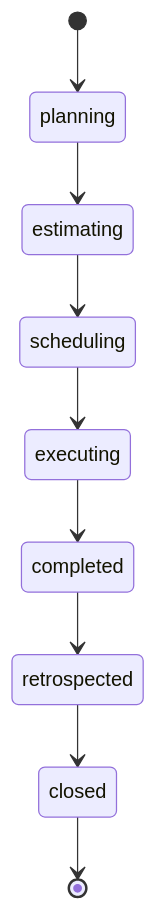
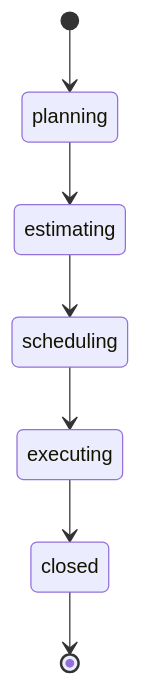
One commit to teppei19980914/BusinessManagementPlatform changed the first of 4 diagrams in docs/design/STATE_REFERENCE.md. Above: the diagram before and after it, drawn with Mermaid. The commit also changed other lines of this file and 222 other files, not shown here.

````diff
--- a/docs/design/STATE_REFERENCE.md
+++ b/docs/design/STATE_REFERENCE.md
@@ -51,11 +70,9 @@
 ```mermaid
 stateDiagram-v2
     [*] --> planning
     planning --> estimating
     estimating --> scheduling
     scheduling --> executing
-    executing --> completed
-    completed --> retrospected
-    retrospected --> closed
+    executing --> closed
     closed --> [*]
 ```
````
